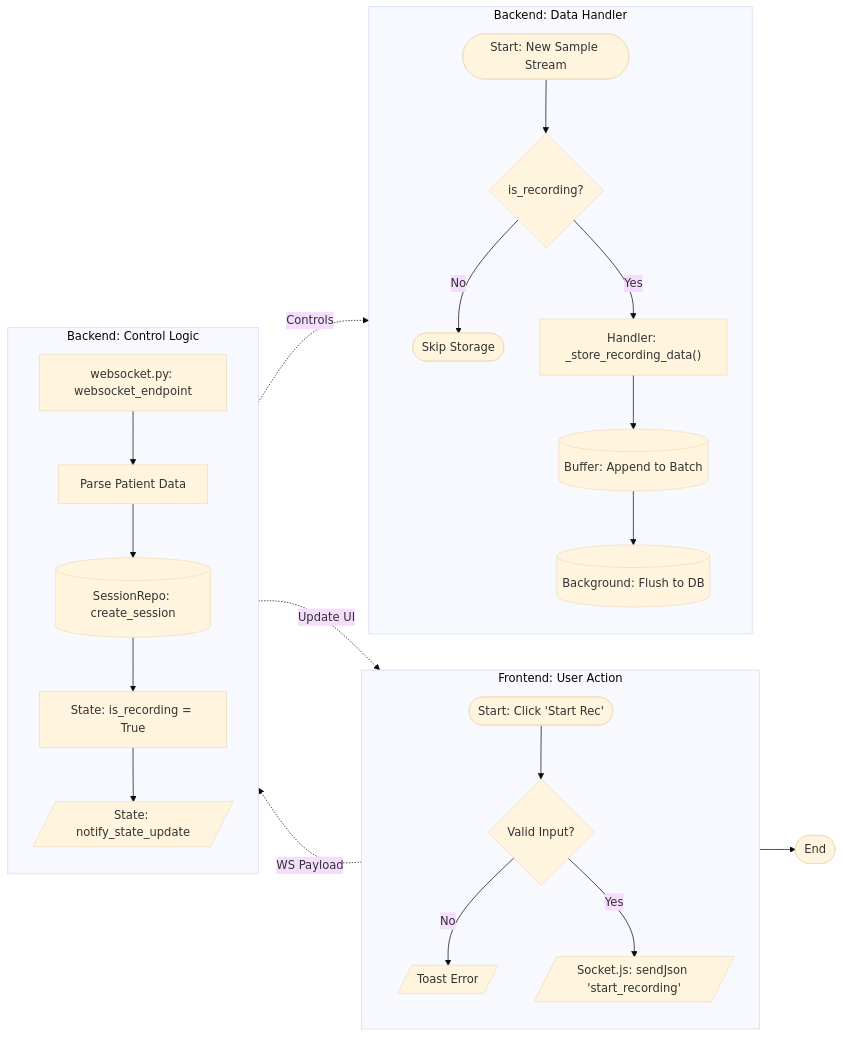
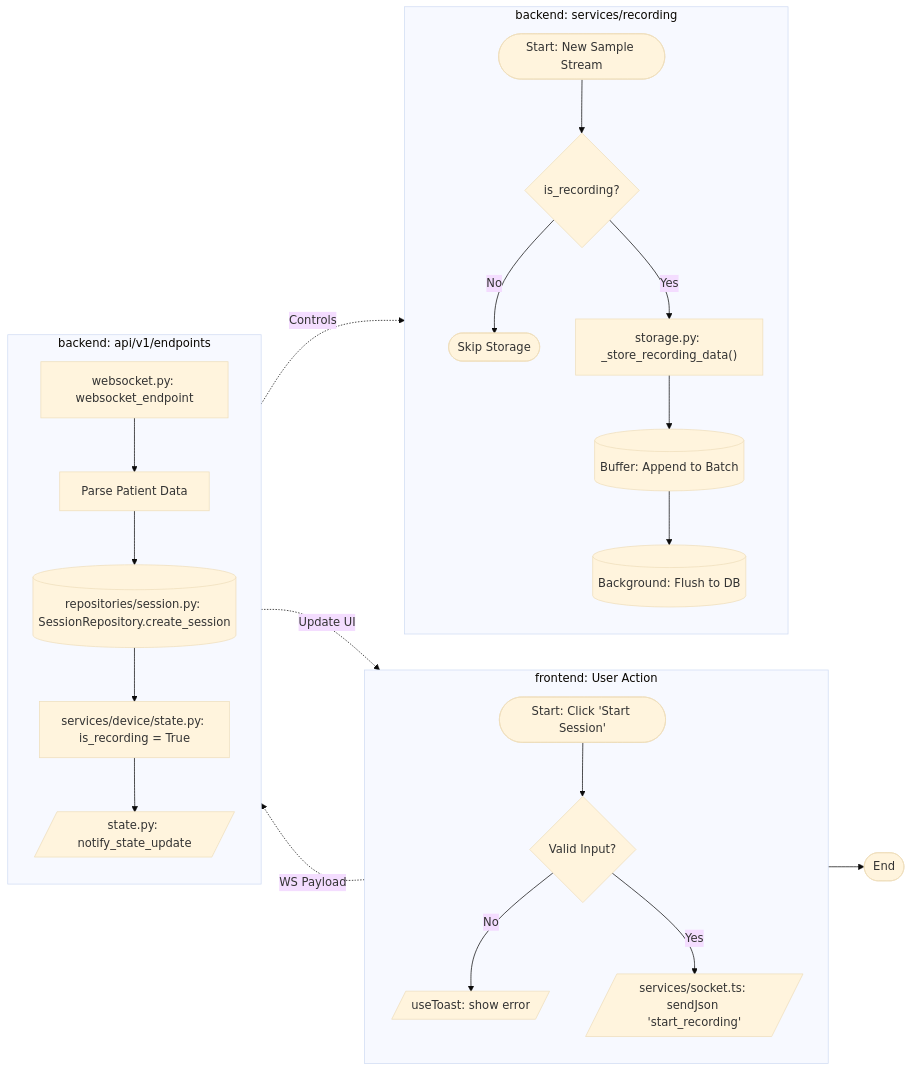
Before and after one commit to affanrk/ecg-puskesmas: the second of 11 diagrams in SYSTEM_FLOWS.md, drawn with Mermaid (base theme). The commit also changed other lines of this file and 176 other files, not shown here.

Commit message:
BE_FE: Separate Frontend & Backend, Framework FE -> Next.JS (UI), Backend-> FastAPI (Service for API & Websocket)

````diff
--- a/SYSTEM_FLOWS.md
+++ b/SYSTEM_FLOWS.md
@@ -65,39 +65,39 @@
 ```mermaid
 flowchart LR
     %% SWIMLANE: FRONTEND USER INTERACTION
-    subgraph Frontend [Frontend: User Action]
+    subgraph Frontend [frontend: User Action]
         direction TB
-        UserStart([Start: Click 'Start Rec'])
+        UserStart([Start: Click 'Start Session'])
         ValInput{Valid Input?}
         
         UserStart --> ValInput
-        ValInput -- No --> Toast[/Toast Error/]
-        ValInput -- Yes --> SendCmd[/Socket.js: sendJson 'start_recording'/]
+        ValInput -- No --> Toast[/useToast: show error/]
+        ValInput -- Yes --> SendCmd[/services/socket.ts: sendJson 'start_recording'/]
     end
 
     %% SWIMLANE: BACKEND CONTROL (API)
-    subgraph Backend_Control [Backend: Control Logic]
+    subgraph Backend_Control [backend: api/v1/endpoints]
         direction TB
         SendCmd -.->|WS Payload| Endpoint[websocket.py: websocket_endpoint]
         Endpoint --> ParseReq[Parse Patient Data]
-        ParseReq --> CreateSess[(SessionRepo: create_session)]
-        CreateSess --> SetFlag[State: is_recording = True]
-        SetFlag --> BroadState[/State: notify_state_update/]
+        ParseReq --> CreateSess[(repositories/session.py: SessionRepository.create_session)]
+        CreateSess --> SetFlag[services/device/state.py: is_recording = True]
+        SetFlag --> BroadState[/state.py: notify_state_update/]
     end
 
     %% SWIMLANE: BACKEND DATA (STREAMING)
-    subgraph Backend_Data [Backend: Data Handler]
+    subgraph Backend_Data [backend: services/recording]
         direction TB
         Incoming([Start: New Sample Stream]) --> CheckFlag{is_recording?}
         
         CheckFlag -- No --> Skip([Skip Storage])
-        CheckFlag -- Yes --> Buffer["Handler: _store_recording_data()"]
+        CheckFlag -- Yes --> Buffer["storage.py: _store_recording_data()"]
         Buffer --> AddBatch[(Buffer: Append to Batch)]
         AddBatch --> BackgroundDB[(Background: Flush to DB)]
     end
 
     %% CONNECTIONS
     Toast --> EndUser([End])
     BroadState -.->|Update UI| Frontend
     SetFlag -.->|Controls| CheckFlag
 ```
````
